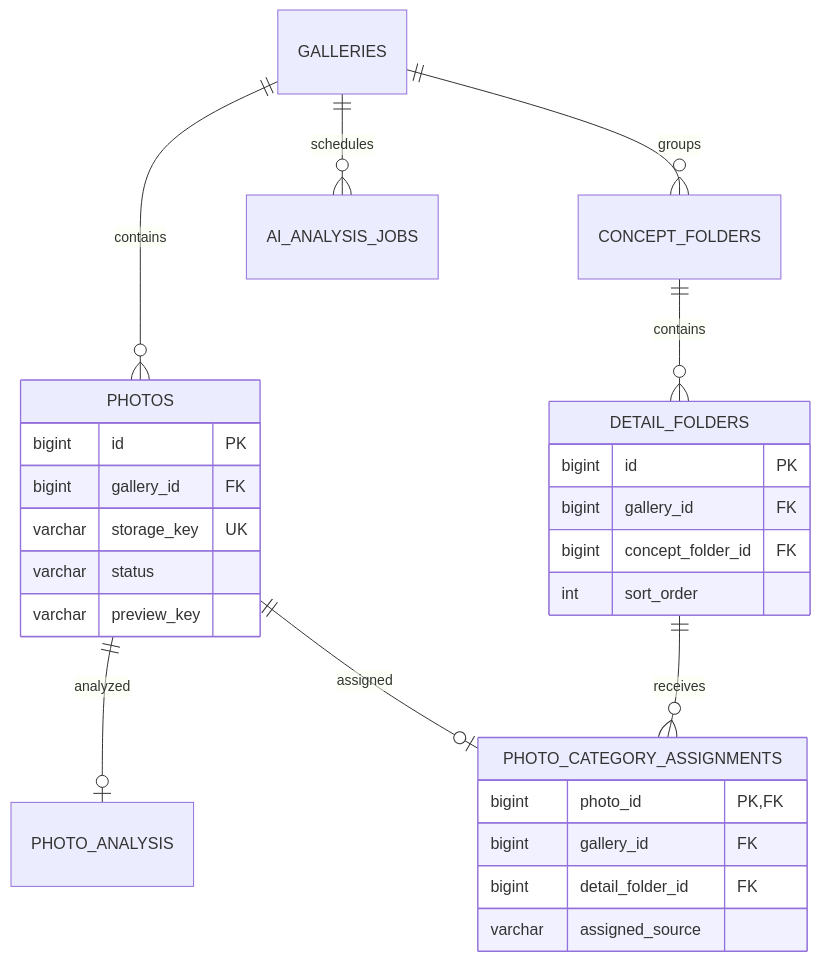
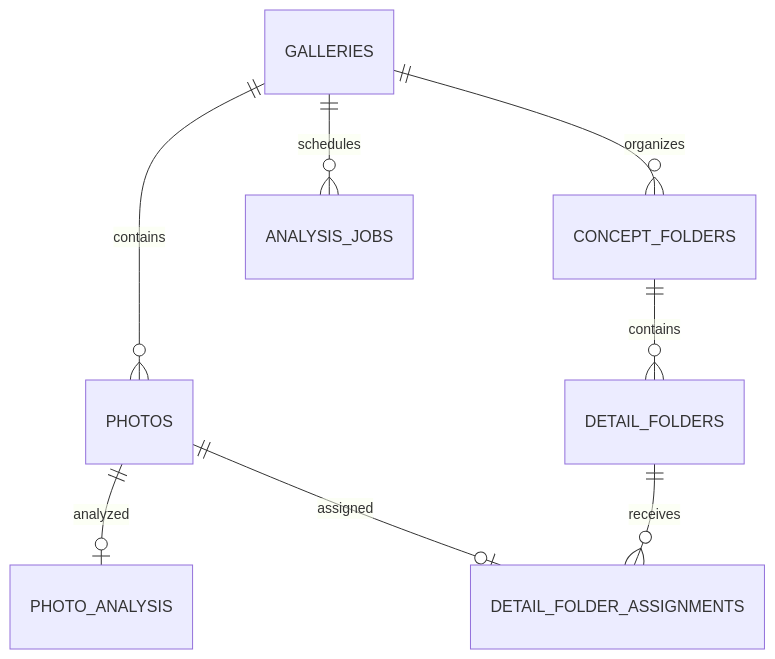
The diagram in docs/data-model/photo-ai-category.md (organic-agent/WES-DOCS), drawn with Mermaid before and after one commit. The commit also changed other lines of this file and 15 other files, not shown here.

````diff
--- a/docs/data-model/photo-ai-category.md
+++ b/docs/data-model/photo-ai-category.md
@@ -21,30 +11,10 @@
 ```mermaid
 erDiagram
     GALLERIES ||--o{ PHOTOS : contains
     PHOTOS ||--o| PHOTO_ANALYSIS : analyzed
-    GALLERIES ||--o{ AI_ANALYSIS_JOBS : schedules
-    GALLERIES ||--o{ CONCEPT_FOLDERS : groups
+    GALLERIES ||--o{ ANALYSIS_JOBS : schedules
+    GALLERIES ||--o{ CONCEPT_FOLDERS : organizes
     CONCEPT_FOLDERS ||--o{ DETAIL_FOLDERS : contains
-    DETAIL_FOLDERS ||--o{ PHOTO_CATEGORY_ASSIGNMENTS : receives
-    PHOTOS ||--o| PHOTO_CATEGORY_ASSIGNMENTS : assigned
-
-    PHOTOS {
-      bigint id PK
-      bigint gallery_id FK
-      varchar storage_key UK
-      varchar status
-      varchar preview_key
-    }
-    DETAIL_FOLDERS {
-      bigint id PK
-      bigint gallery_id FK
-      bigint concept_folder_id FK
-      int sort_order
-    }
-    PHOTO_CATEGORY_ASSIGNMENTS {
-      bigint photo_id PK,FK
-      bigint gallery_id FK
-      bigint detail_folder_id FK
-      varchar assigned_source
-    }
+    DETAIL_FOLDERS ||--o{ DETAIL_FOLDER_ASSIGNMENTS : receives
+    PHOTOS ||--o| DETAIL_FOLDER_ASSIGNMENTS : assigned
 ```
````
